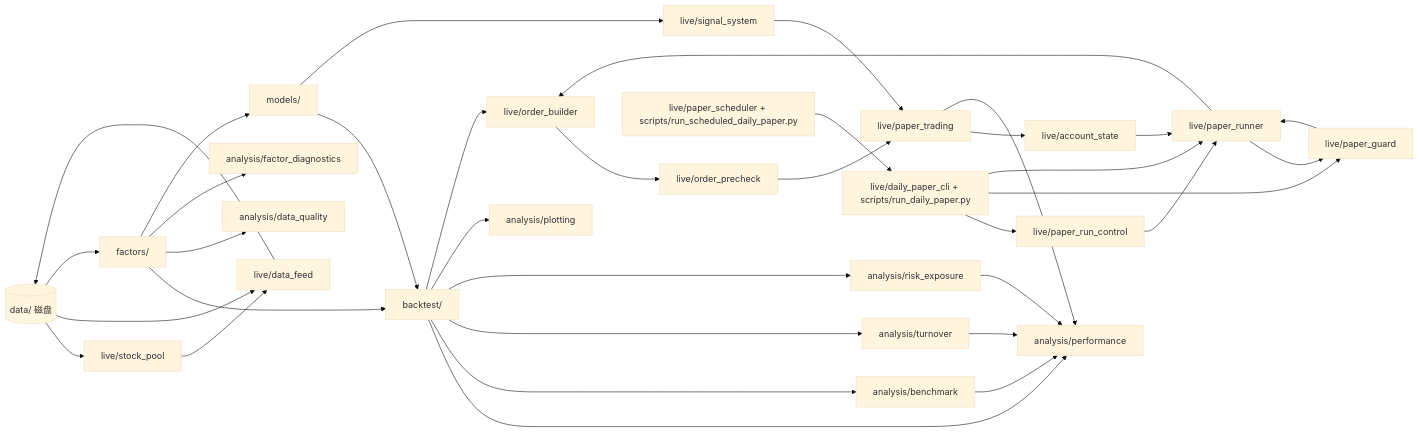
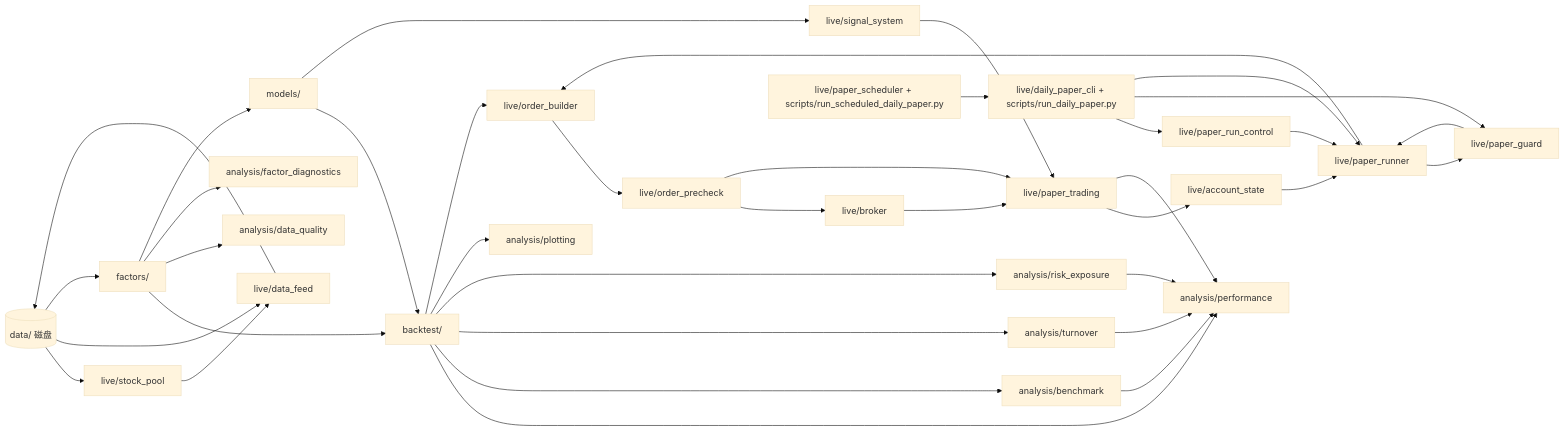
Before and after one commit to Mikowong0821/quant_strategy: the diagram in docs/CODE_STRUCTURE.md, drawn with Mermaid (base theme). The commit also changed other lines of this file and 18 other files, not shown here.

Commit message:
Add live broker readiness workflow

````diff
--- a/docs/CODE_STRUCTURE.md
+++ b/docs/CODE_STRUCTURE.md
@@ -18,61 +18,64 @@
 ```mermaid
 flowchart LR
   data[(data/ 磁盘)]
   pool[live/stock_pool]
   feed[live/data_feed]
   fac[factors/]
   bt[backtest/]
   opt[models/]
   sig[live/signal_system]
   order[live/order_builder]
   precheck[live/order_precheck]
+  broker[live/broker]
   paper[live/paper_trading]
   state[live/account_state]
   runner[live/paper_runner]
   guard[live/paper_guard]
   control[live/paper_run_control]
   scheduler[live/paper_scheduler + scripts/run_scheduled_daily_paper.py]
   cli[live/daily_paper_cli + scripts/run_daily_paper.py]
   perf[analysis/performance]
   dq[analysis/data_quality]
   diag[analysis/factor_diagnostics]
   bench[analysis/benchmark]
   turn[analysis/turnover]
   risk[analysis/risk_exposure]
   plot[analysis/plotting]
 
   data --> pool
   pool --> feed
   data --> feed
   data --> fac
   feed --> data
   fac --> bt
   fac --> dq
   fac --> diag
   opt --> bt
   bt --> perf
   bt --> bench
   bt --> turn
   bt --> risk
   bench --> perf
   turn --> perf
   risk --> perf
   bt --> plot
   bt --> order
   order --> precheck
+  precheck --> broker
   fac --> opt
   opt --> sig
   precheck --> paper
+  broker --> paper
   paper --> state
   state --> runner
   cli --> control
   cli --> guard
   control --> runner
   guard --> runner
   scheduler --> cli
   runner --> guard
   runner --> order
   cli --> runner
   sig --> paper
   paper --> perf
 ```
````
